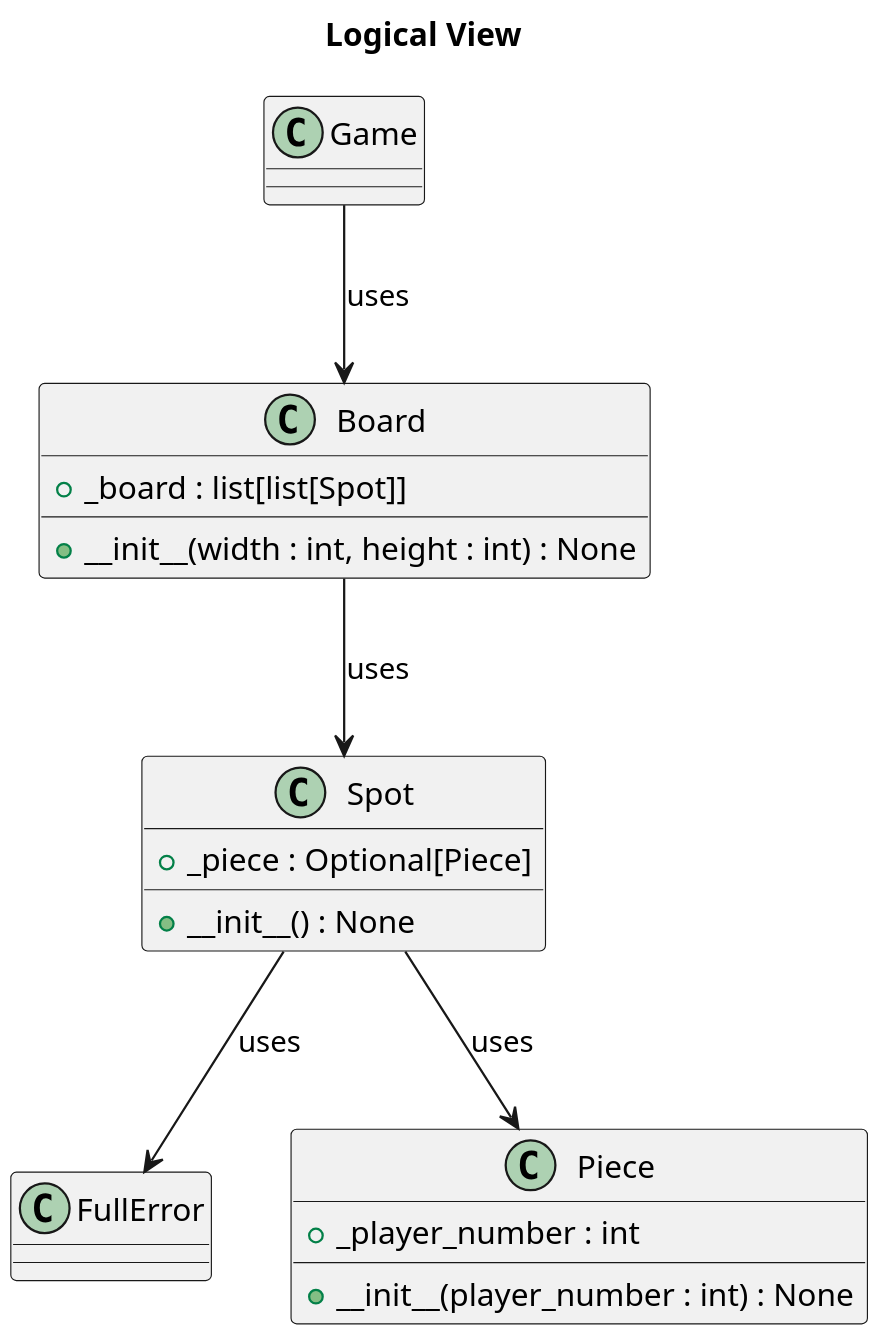
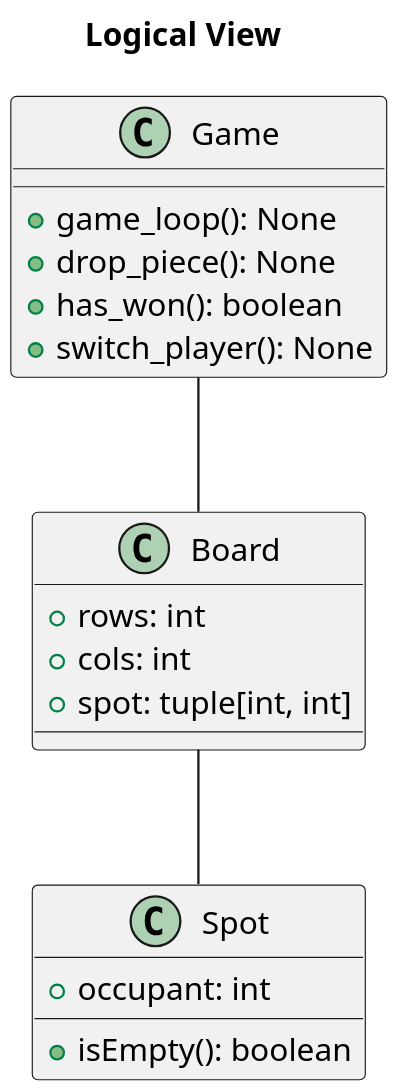
Before and after one commit to austin-s970/OOP-Connect4: the diagram in design-analysis/Logical_View.plantuml, drawn with PlantUML. The commit also changed 9 other files, not shown here.

```diff
--- a/design-analysis/Logical_View.plantuml
+++ b/design-analysis/Logical_View.plantuml
@@ -1,31 +1,26 @@
 @startuml
+title Logical View
 scale 2
-title "Logical View"
 
-class FullError{
+class Game {
+  +game_loop(): None
+  +drop_piece(): None
+  +has_won(): boolean
+  +switch_player(): None
 }
 
-class Piece{
-    +__init__(player_number : int) : None
-    +_player_number : int
+class Board {
+  +rows: int
+  +cols: int
+  +spot: tuple[int, int]
 }
 
-class Spot{
-    +__init__() : None
-    +_piece : Optional[Piece]
+class Spot {
+  +occupant: int
+  +isEmpty(): boolean
 }
 
-class Board{
-    +__init__(width : int, height : int) : None
-    +_board : list[list[Spot]]
-}
-
-class Game{
-}
-
-Spot --> FullError : uses
-Spot --> Piece : uses
-Board --> Spot : uses
-Game --> Board : uses
+Game -- Board
+Board -- Spot
 
 @enduml
```
